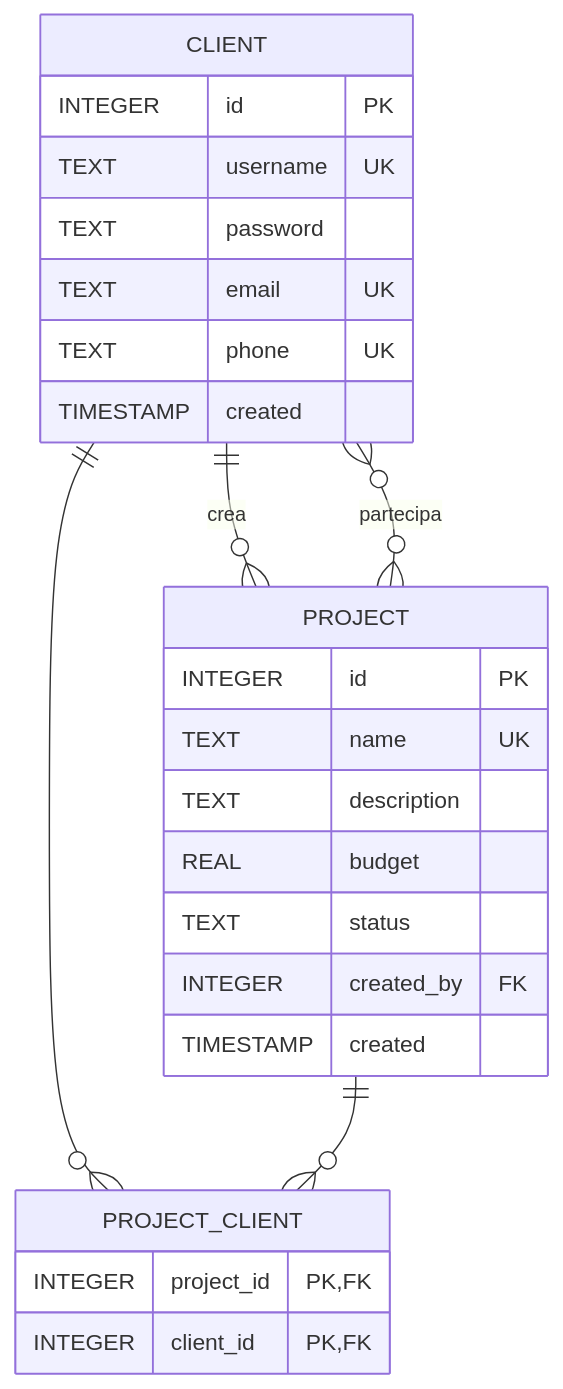
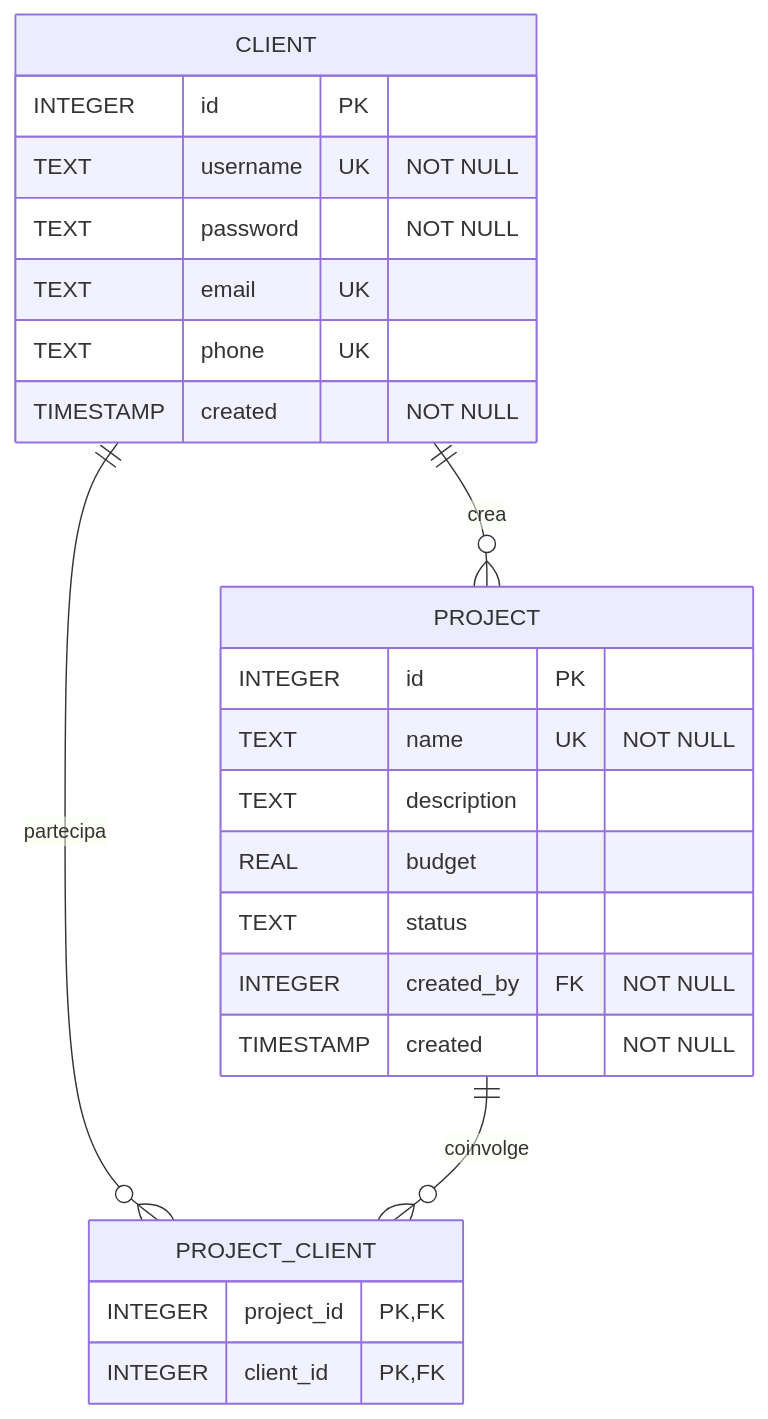
One commit to KamilIbragimov/Progetto_Di_Natale_2026 changed the diagram in diagramma_er.md. Above: the diagram before and after it, drawn with Mermaid. The commit also changed other lines of this file, not shown here.

Commit message:
Revise ER diagram with constraints and relationships
Updated ER diagram to include NOT NULL constraints and clarified relationships.

````diff
--- a/diagramma_er.md
+++ b/diagramma_er.md
@@ -3,31 +3,30 @@
 ```mermaid
 erDiagram
     CLIENT {
         INTEGER id PK
-        TEXT username UK
-        TEXT password
+        TEXT username UK "NOT NULL"
+        TEXT password "NOT NULL"
         TEXT email UK
         TEXT phone UK
-        TIMESTAMP created
+        TIMESTAMP created "NOT NULL"
     }
     
     PROJECT {
         INTEGER id PK
-        TEXT name UK
+        TEXT name UK "NOT NULL"
         TEXT description
         REAL budget
         TEXT status
-        INTEGER created_by FK
-        TIMESTAMP created
+        INTEGER created_by FK "NOT NULL"
+        TIMESTAMP created "NOT NULL"
     }
     
     PROJECT_CLIENT {
         INTEGER project_id PK,FK
         INTEGER client_id PK,FK
     }
     
     CLIENT ||--o{ PROJECT : "crea"
-    CLIENT }o--o{ PROJECT : "partecipa"
-    CLIENT ||--o{ PROJECT_CLIENT : ""
-    PROJECT ||--o{ PROJECT_CLIENT : ""
+    CLIENT ||--o{ PROJECT_CLIENT : "partecipa"
+    PROJECT ||--o{ PROJECT_CLIENT : "coinvolge"
 ```
````
